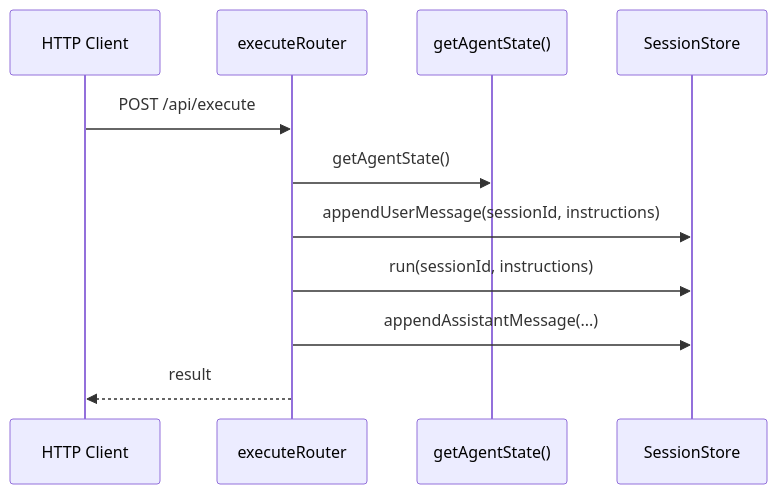
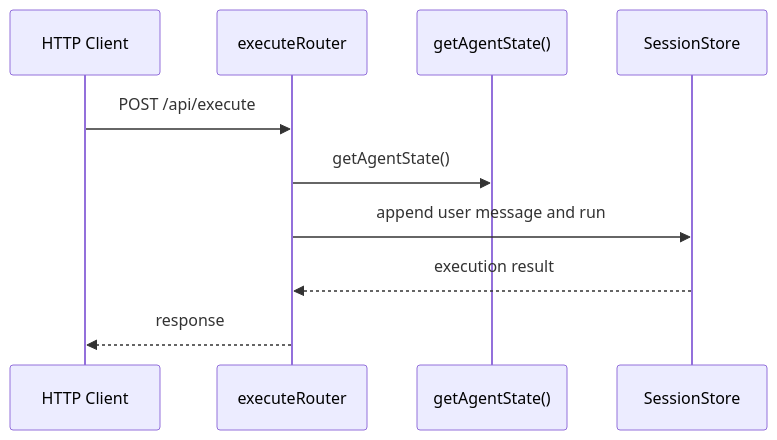
One commit to wangenius/downcity changed the seventh of 7 diagrams in devdocs/startup-and-api-flow.md. Above: the diagram before and after it, drawn with Mermaid. The commit also changed other lines of this file and 96 other files, not shown here.

````diff
--- a/devdocs/startup-and-api-flow.md
+++ b/devdocs/startup-and-api-flow.md
@@ -273,14 +257,13 @@
 ```mermaid
 sequenceDiagram
-  participant Client as HTTP Client
-  participant Route as executeRouter
-  participant Agent as getAgentState()
-  participant Registry as SessionStore
+  participant CLIENT as HTTP Client
+  participant ROUTE as executeRouter
+  participant AGENT as getAgentState()
+  participant STORE as SessionStore
 
-  Client->>Route: POST /api/execute
-  Route->>Agent: getAgentState()
-  Route->>Registry: appendUserMessage(sessionId, instructions)
-  Route->>Registry: run(sessionId, instructions)
-  Route->>Registry: appendAssistantMessage(...)
-  Route-->>Client: result
+  CLIENT->>ROUTE: POST /api/execute
+  ROUTE->>AGENT: getAgentState()
+  ROUTE->>STORE: append user message and run
+  STORE-->>ROUTE: execution result
+  ROUTE-->>CLIENT: response
 ```
````
